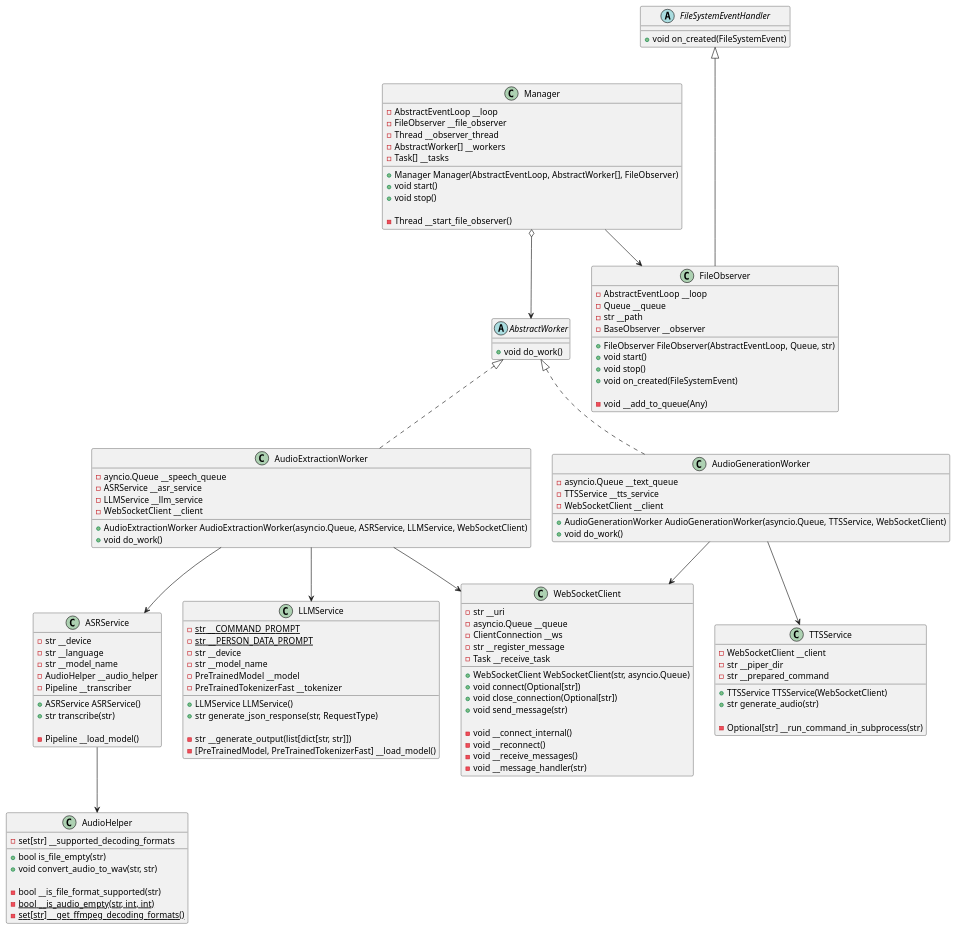
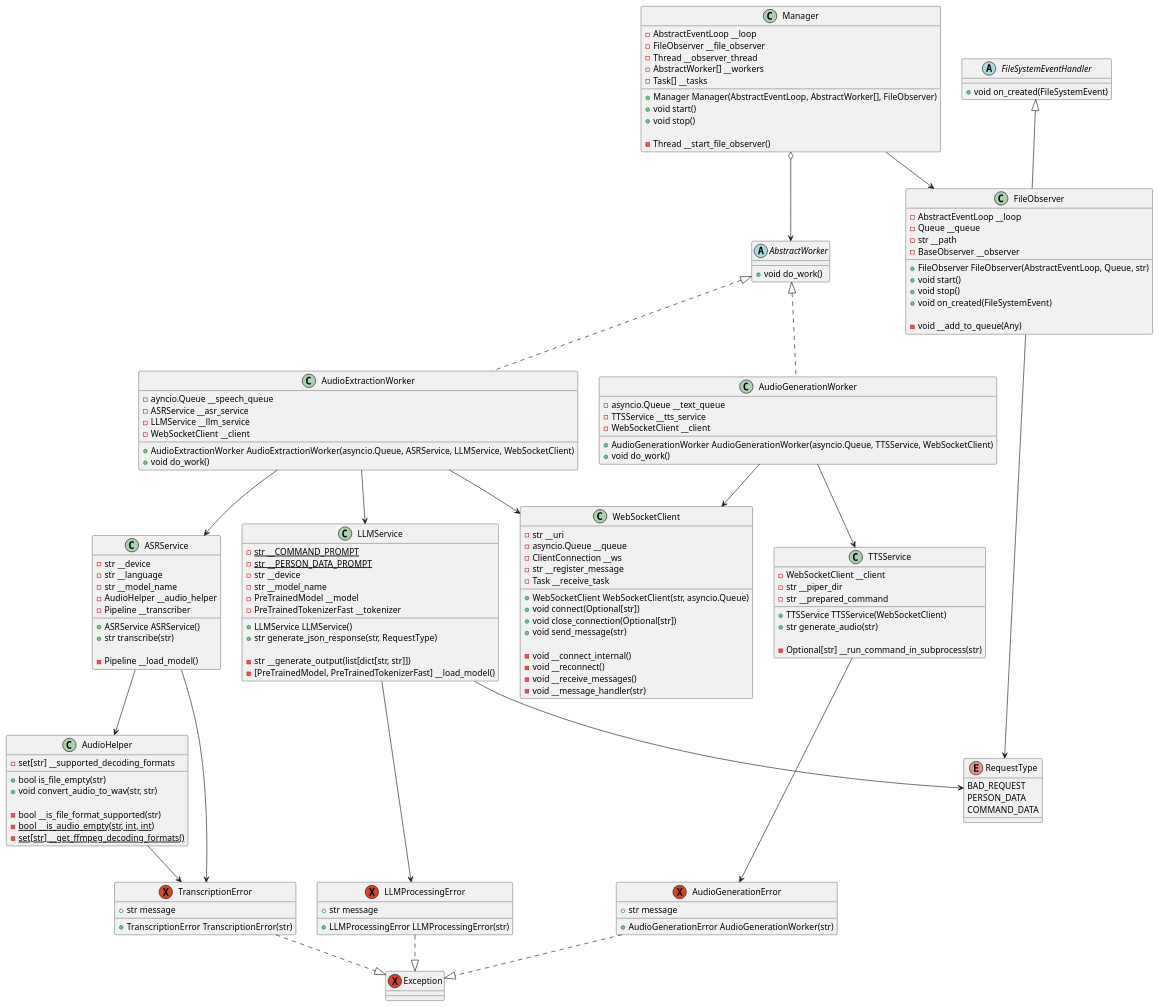
Before and after one commit to AnelD/speech_recognition: the diagram in uml/class_diagram.puml, drawn with PlantUML. The commit also changed 3 other files, not shown here.

```diff
--- a/uml/class_diagram.puml
+++ b/uml/class_diagram.puml
@@ -1,140 +1,179 @@
 @startuml
 
 abstract class AbstractWorker{
 +void do_work()
 }
 
 abstract class FileSystemEventHandler{
 +void on_created(FileSystemEvent)
 }
 
 class FileObserver{
 -AbstractEventLoop __loop
 -Queue __queue
 -str __path
 -BaseObserver __observer
 
 +FileObserver FileObserver(AbstractEventLoop, Queue, str)
 +void start()
 +void stop()
 +void on_created(FileSystemEvent)
 
 -void __add_to_queue(Any)
 }
 
 class Manager{
 -AbstractEventLoop __loop
 -FileObserver __file_observer
 -Thread __observer_thread
 -AbstractWorker[] __workers
 -Task[] __tasks
 
 +Manager Manager(AbstractEventLoop, AbstractWorker[], FileObserver)
 +void start()
 +void stop()
 
 -Thread __start_file_observer()
 }
 
 class AudioExtractionWorker{
 -ayncio.Queue __speech_queue
 -ASRService __asr_service
 -LLMService __llm_service
 -WebSocketClient __client
 
 +AudioExtractionWorker AudioExtractionWorker(asyncio.Queue, ASRService, LLMService, WebSocketClient)
 +void do_work()
 }
 
 class AudioGenerationWorker{
 -asyncio.Queue __text_queue
 -TTSService __tts_service
 -WebSocketClient __client
 
 +AudioGenerationWorker AudioGenerationWorker(asyncio.Queue, TTSService, WebSocketClient)
 +void do_work()
 }
 
 class ASRService{
 -str __device
 -str __language
 -str __model_name
 -AudioHelper __audio_helper
 -Pipeline __transcriber
 
 +ASRService ASRService()
 +str transcribe(str)
 
 -Pipeline __load_model()
 }
 
 class LLMService{
 -{static}str __COMMAND_PROMPT
 -{static}str __PERSON_DATA_PROMPT
 -str __device
 -str __model_name
 -PreTrainedModel __model
 -PreTrainedTokenizerFast __tokenizer
 
 +LLMService LLMService()
 +str generate_json_response(str, RequestType)
 
 -str __generate_output(list[dict[str, str]])
 -[PreTrainedModel, PreTrainedTokenizerFast] __load_model()
 }
 
 class TTSService{
 -WebSocketClient __client
 -str __piper_dir
 -str __prepared_command
 
 +TTSService TTSService(WebSocketClient)
 +str generate_audio(str)
 
 -Optional[str] __run_command_in_subprocess(str)
 }
 
 class WebSocketClient{
 -str __uri
 -asyncio.Queue __queue
 -ClientConnection __ws
 -str __register_message
 -Task __receive_task
 
 +WebSocketClient WebSocketClient(str, asyncio.Queue)
 +void connect(Optional[str])
 +void close_connection(Optional[str])
 +void send_message(str)
 
 -void __connect_internal()
 -void __reconnect()
 -void __receive_messages()
 -void __message_handler(str)
 }
 
 
 class AudioHelper{
 -set[str] __supported_decoding_formats
 
 +bool is_file_empty(str)
 +void convert_audio_to_wav(str, str)
 
 -bool __is_file_format_supported(str)
 -{static}bool __is_audio_empty(str, int, int)
 -{static}set[str] __get_ffmpeg_decoding_formats()
 }
 
+enum RequestType{
+BAD_REQUEST
+PERSON_DATA
+COMMAND_DATA
+}
+
+
+exception AudioGenerationError{
++str message
+
++AudioGenerationError AudioGenerationWorker(str)
+}
+
+exception LLMProcessingError{
++str message
+
++LLMProcessingError LLMProcessingError(str)
+}
+
+exception TranscriptionError{
++str message
+
++TranscriptionError TranscriptionError(str)
+}
+
+exception Exception{
+}
 
 Manager o--> AbstractWorker
 Manager --> FileObserver
 AbstractWorker <|.. AudioExtractionWorker
 AbstractWorker <|.. AudioGenerationWorker
 AudioExtractionWorker --> ASRService
 AudioExtractionWorker --> LLMService
 AudioExtractionWorker --> WebSocketClient
 AudioGenerationWorker --> TTSService
 AudioGenerationWorker --> WebSocketClient
-FileSystemEventHandler <|--- FileObserver
+FileSystemEventHandler <|-- FileObserver
 ASRService --> AudioHelper
+LLMService --> RequestType
+FileObserver --> RequestType
+
+AudioGenerationError ..|> Exception
+LLMProcessingError ..|> Exception
+TranscriptionError ..|> Exception
+
+TTSService --> AudioGenerationError
+LLMService --> LLMProcessingError
+ASRService --> TranscriptionError
+AudioHelper --> TranscriptionError
+
 
 @enduml
```
